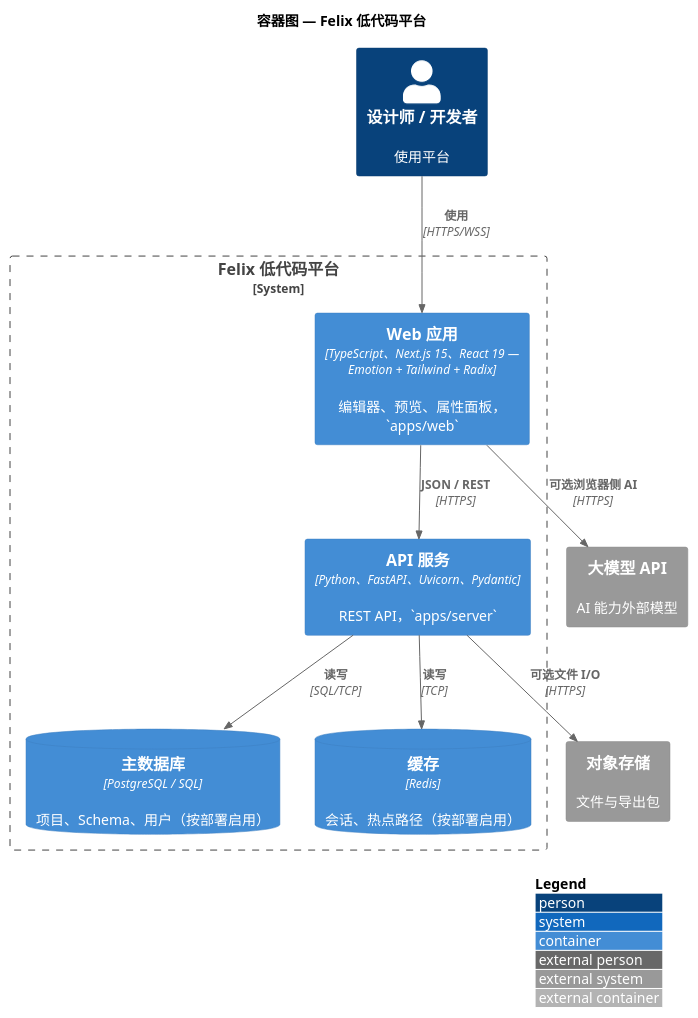
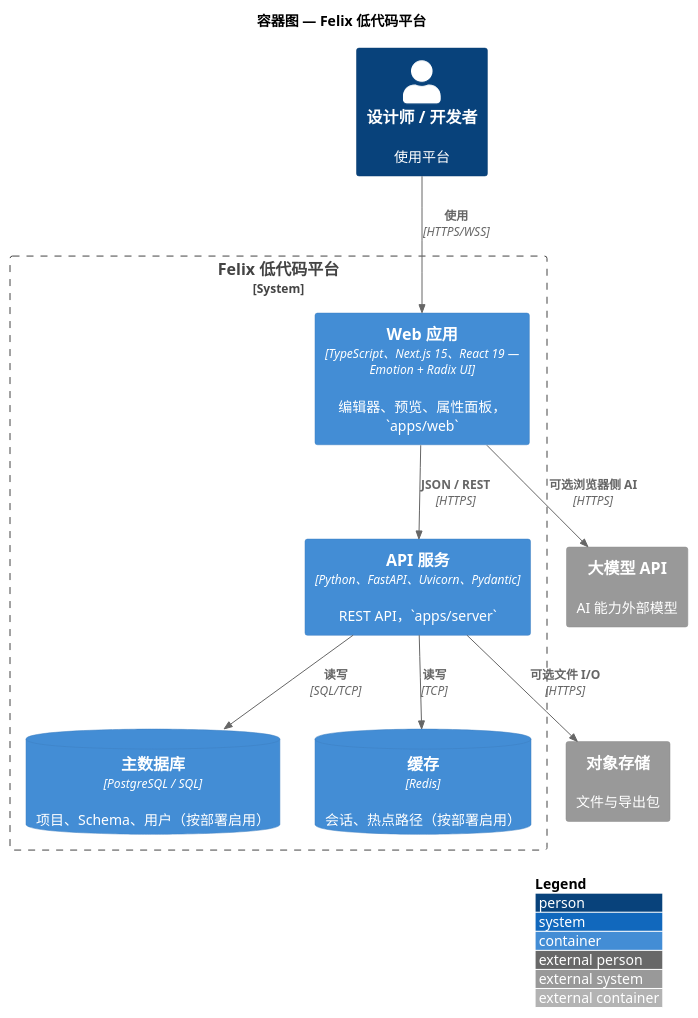
One commit to felixzhu97/low-code-platform changed the diagram in docs/zh/architecture/c4/c4-container.puml. Above: the diagram before and after it, drawn with PlantUML. The commit also changed 69 other files, not shown here.

First line of the commit message:
refactor: enhance UI components, data binding, and architecture docs

```diff
--- a/docs/zh/architecture/c4/c4-container.puml
+++ b/docs/zh/architecture/c4/c4-container.puml
@@ -1,27 +1,27 @@
 @startuml c4-container-felix-zh
 !include https://raw.githubusercontent.com/plantuml-stdlib/C4-PlantUML/master/C4_Container.puml
 
 LAYOUT_WITH_LEGEND()
 
 title 容器图 — Felix 低代码平台
 
 Person(user, "设计师 / 开发者", "使用平台")
 
 System_Boundary(boundary, "Felix 低代码平台") {
-    Container(web, "Web 应用", "TypeScript、Next.js 15、React 19 — Emotion + Tailwind + Radix", "编辑器、预览、属性面板，`apps/web`")
+    Container(web, "Web 应用", "TypeScript、Next.js 15、React 19 — Emotion + Radix UI", "编辑器、预览、属性面板，`apps/web`")
     Container(api, "API 服务", "Python、FastAPI、Uvicorn、Pydantic", "REST API，`apps/server`")
     ContainerDb(db, "主数据库", "PostgreSQL / SQL", "项目、Schema、用户（按部署启用）")
     ContainerDb(cache, "缓存", "Redis", "会话、热点路径（按部署启用）")
 }
 
 System_Ext(llm, "大模型 API", "AI 能力外部模型")
 System_Ext(object_store, "对象存储", "文件与导出包")
 
 Rel(user, web, "使用", "HTTPS/WSS")
 Rel(web, api, "JSON / REST", "HTTPS")
 Rel(api, db, "读写", "SQL/TCP")
 Rel(api, cache, "读写", "TCP")
 Rel(api, object_store, "可选文件 I/O", "HTTPS")
 Rel(web, llm, "可选浏览器侧 AI", "HTTPS")
 
 @enduml
```
